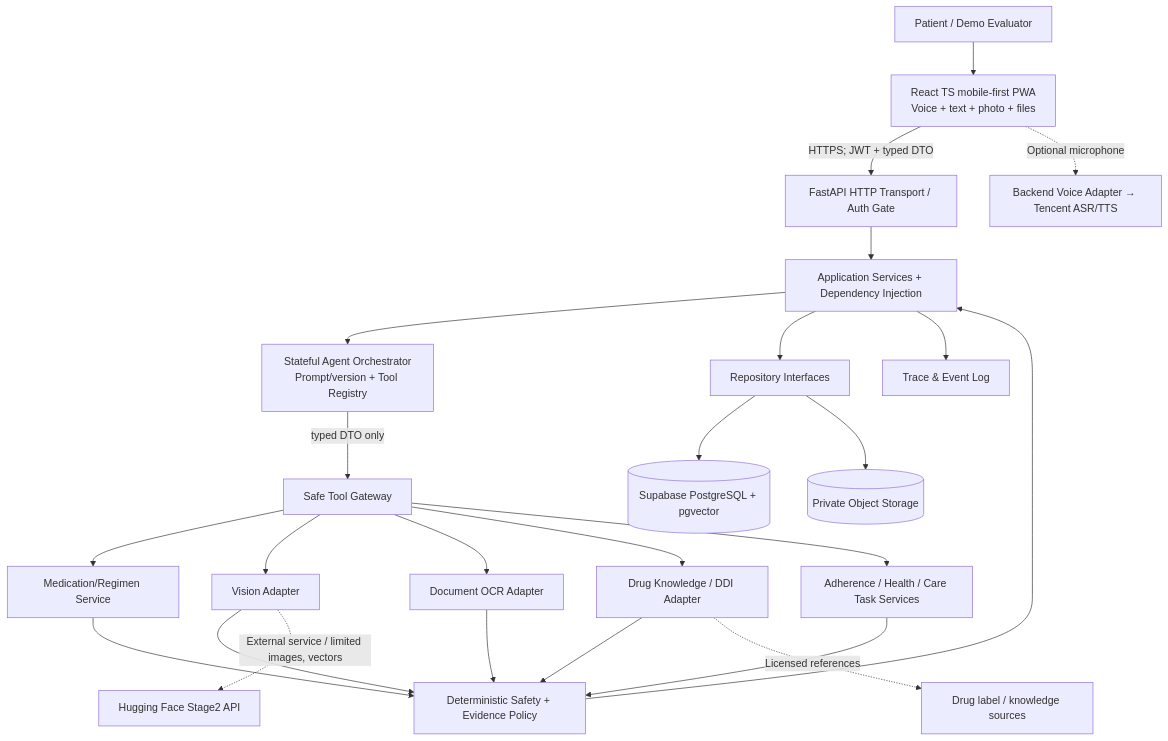
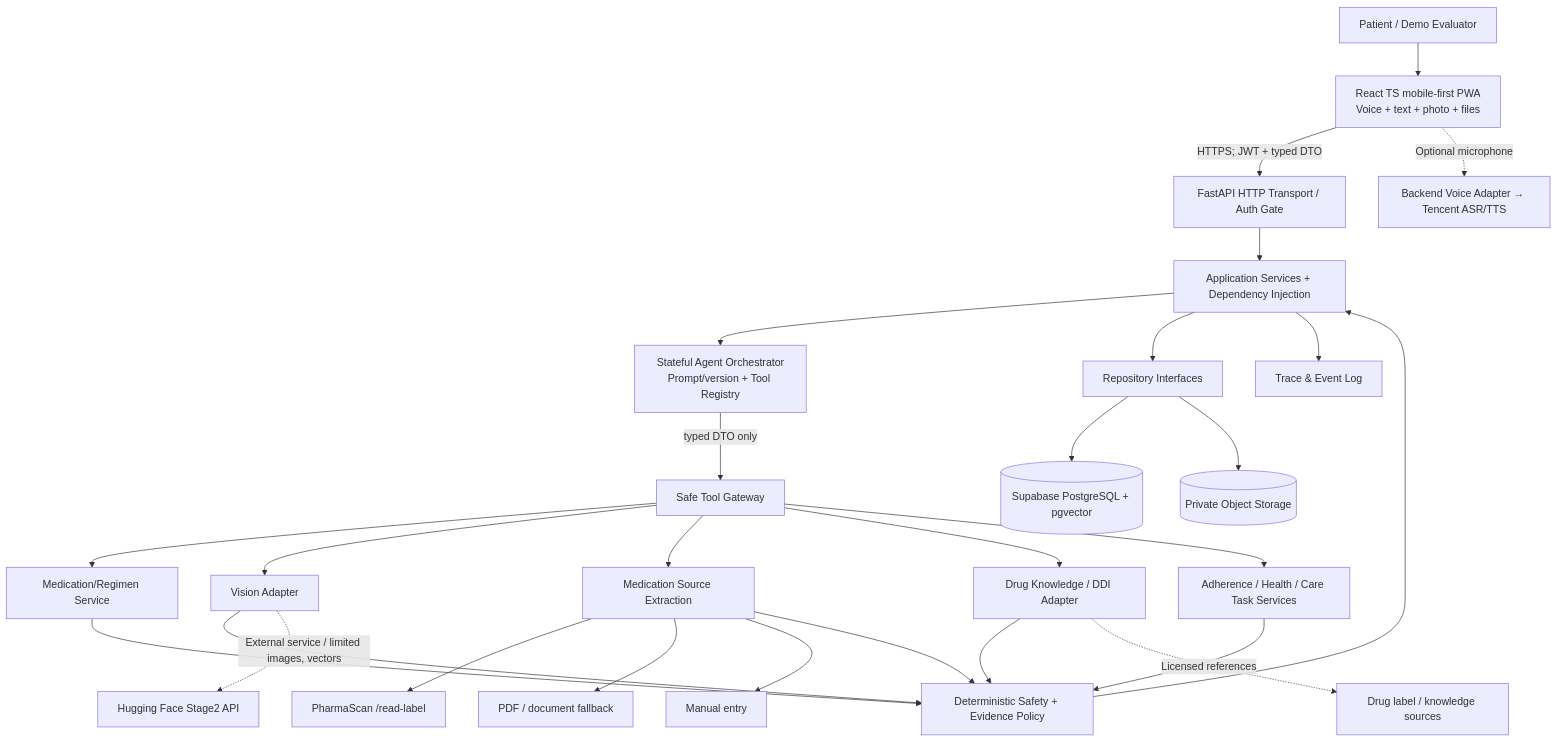
Before and after one commit to SpectateurLinlan/pharmascan-care-agent: the first of 2 diagrams in docs/ARCHITECTURE.md, drawn with Mermaid. The commit also changed other lines of this file and 29 other files, not shown here.

````diff
--- a/docs/ARCHITECTURE.md
+++ b/docs/ARCHITECTURE.md
@@ -5,26 +5,29 @@
 ```mermaid
 flowchart TB
   Patient[Patient / Demo Evaluator] --> UI[React TS mobile-first PWA\nVoice + text + photo + files]
   UI -->|HTTPS; JWT + typed DTO| API[FastAPI HTTP Transport / Auth Gate]
   API --> App[Application Services + Dependency Injection]
   App --> Orchestrator[Stateful Agent Orchestrator\nPrompt/version + Tool Registry]
   Orchestrator -->|typed DTO only| Tools[Safe Tool Gateway]
   Tools --> Regimen[Medication/Regimen Service]
   Tools --> Vision[Vision Adapter]
-  Tools --> OCR[Document OCR Adapter]
+  Tools --> SRC[Medication Source Extraction]
+  SRC --> RLL[PharmaScan /read-label]
+  SRC --> PDFF[PDF / document fallback]
+  SRC --> MAN[Manual entry]
   Tools --> Drug[Drug Knowledge / DDI Adapter]
   Tools --> Care[Adherence / Health / Care Task Services]
   Regimen --> Policy[Deterministic Safety + Evidence Policy]
   Vision --> Policy
-  OCR --> Policy
+  SRC --> Policy
   Drug --> Policy
   Care --> Policy
   Policy --> App
   App --> Repo[Repository Interfaces]
   Repo --> DB[(Supabase PostgreSQL + pgvector)]
   Repo --> Store[(Private Object Storage)]
   Vision -.External service / limited images, vectors.-> HF[Hugging Face Stage2 API]
   Drug -.Licensed references.-> KNOW[Drug label / knowledge sources]
   UI -.Optional microphone.-> Speech[Backend Voice Adapter → Tencent ASR/TTS]
   App --> Audit[Trace & Event Log]
 ```
````
